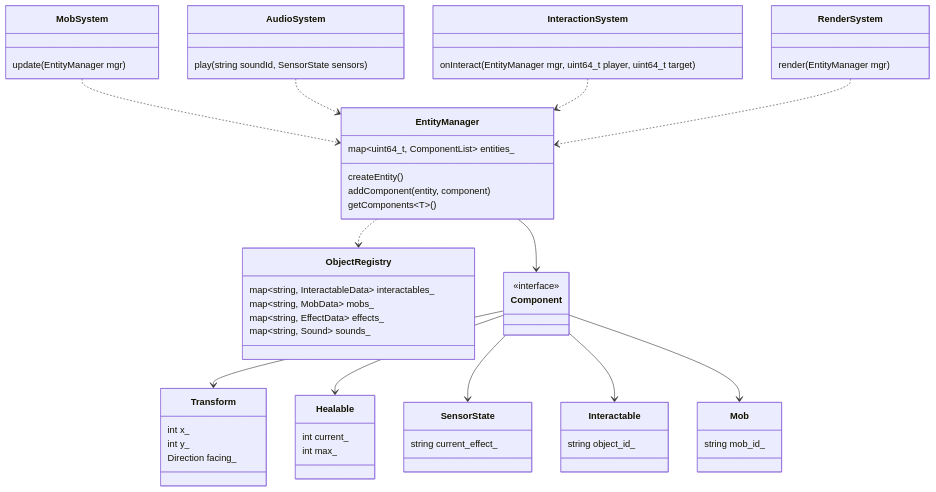
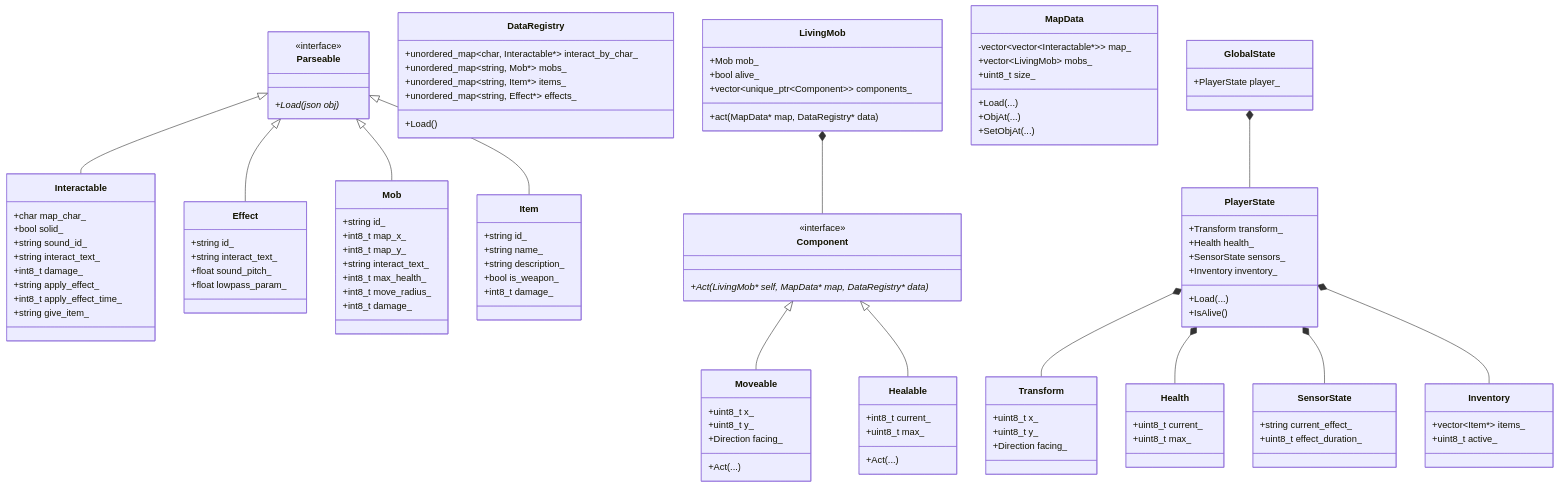
One commit to rsmeowry/SensoryOverload changed the first of 3 diagrams in Архитектура SENSORY OVERLOAD.md. Above: the diagram before and after it, drawn with Mermaid. The commit also changed other lines of this file and 1 other file, not shown here.

````diff
--- a/Архитектура SENSORY OVERLOAD.md
+++ b/Архитектура SENSORY OVERLOAD.md
@@ -80,65 +72,129 @@
 %%{init: {'theme': 'default', 'flowchart': {'useMaxWidth': true}}}%%
 classDiagram
 
-class ObjectRegistry {
-	map~string, InteractableData~ interactables_
-	map~string, MobData~ mobs_
-	map~string, EffectData~ effects_
-	map~string, Sound~ sounds_
+class Parseable {
+	<<interface>>
+	+Load(json obj)*
+}
+class Interactable {
+	+char map_char_
+	+bool solid_
+	+string sound_id_
+	+string interact_text_
+	+int8_t damage_
+	+string apply_effect_
+	+int8_t apply_effect_time_
+	+string give_item_
+}
+class Effect {
+	+string id_
+	+string interact_text_
+	+float sound_pitch_
+	+float lowpass_param_
+}
+class Mob {
+	+string id_
+	+int8_t map_x_
+	+int8_t map_y_
+	+string interact_text_
+	+int8_t max_health_
+	+int8_t move_radius_
+	+int8_t damage_
+}
+class Item {
+	+string id_
+	+string name_
+	+string description_
+	+bool is_weapon_
+	+int8_t damage_
 }
 
-class EntityManager {
-	map~uint64_t, ComponentList~ entities_
+Parseable <|-- Interactable
+Parseable <|-- Effect
+Parseable <|-- Mob
+Parseable <|-- Item
 
-	createEntity()
-	addComponent(entity, component)
-	getComponents~T~()
+class DataRegistry {
+	+unordered_map~char, Interactable*~ interact_by_char_
+	+unordered_map~string, Mob*~ mobs_
+	+unordered_map~string, Item*~ items_
+	+unordered_map~string, Effect*~ effects_
+	+Load()
 }
-class InteractionSystem {
-	onInteract(EntityManager mgr, uint64_t player, uint64_t target)
+
+class Component {
+	<<interface>>
+	+Act(LivingMob* self, MapData* map, DataRegistry* data)*
 }
-class RenderSystem {
-	render(EntityManager mgr)
+
+class Moveable {
+	+uint8_t x_
+	+uint8_t y_
+	+Direction facing_
+	+Act(...)
 }
-class MobSystem {
-	update(EntityManager mgr)
+
+class Healable {
+	+int8_t current_
+	+uint8_t max_
+	+Act(...)
 }
-class AudioSystem {
-	play(string soundId, SensorState sensors)
+
+Component <|-- Moveable
+Component <|-- Healable
+
+class LivingMob {
+	+Mob mob_
+	+bool alive_
+	+vector~unique_ptr~Component~~ components_
+	+act(MapData* map, DataRegistry* data)
 }
-class Component {
-<<interface>>
+
+LivingMob *-- Component
+
+class Transform {
+	+uint8_t x_
+	+uint8_t y_
+	+Direction facing_
 }
-class Transform {
-	int x_
-	int y_
-	Direction facing_
-}
-class Healable {
-	int current_
-	int max_
+class Health {
+	+uint8_t current_
+	+uint8_t max_
 }
 class SensorState {
-	string current_effect_
+	+string current_effect_
+	+uint8_t effect_duration_
 }
-class Interactable {
-	string object_id_
+class Inventory {
+	+vector~Item*~ items_
+	+uint8_t active_
 }
-class Mob {
-	string mob_id_
+class PlayerState {
+	+Transform transform_
+	+Health health_
+	+SensorState sensors_
+	+Inventory inventory_
+	+Load(...)
+	+IsAlive()
 }
 
-EntityManager --> Component
-EntityManager ..> ObjectRegistry
-MobSystem ..> EntityManager
-AudioSystem ..> EntityManager
-InteractionSystem ..> EntityManager
-RenderSystem ..> EntityManager
+PlayerState *-- Transform
+PlayerState *-- Health
+PlayerState *-- SensorState
+PlayerState *-- Inventory
 
-Component --> Transform
-Component --> Healable
-Component --> SensorState
-Component --> Interactable
-Component --> Mob
+class MapData {
+	-vector~vector~Interactable*~~ map_
+	+vector~LivingMob~ mobs_
+	+uint8_t size_
+	+Load(...)
+	+ObjAt(...)
+	+SetObjAt(...)
+}
 
+class GlobalState {
+	+PlayerState player_
+}
+
+GlobalState *-- PlayerState
 ```
````
